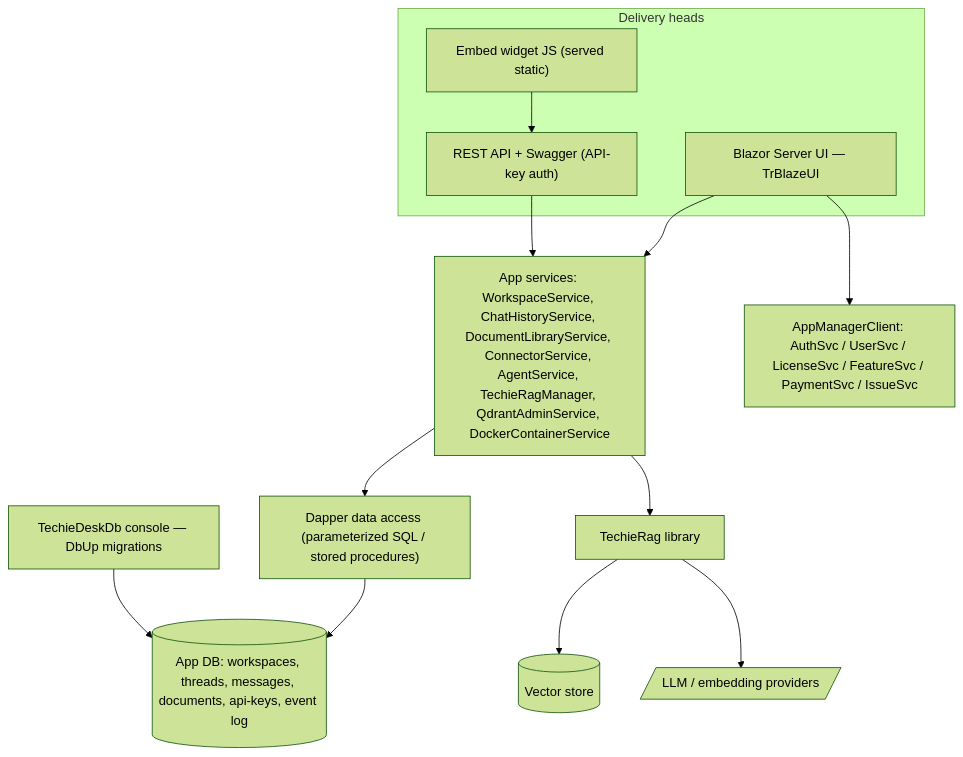
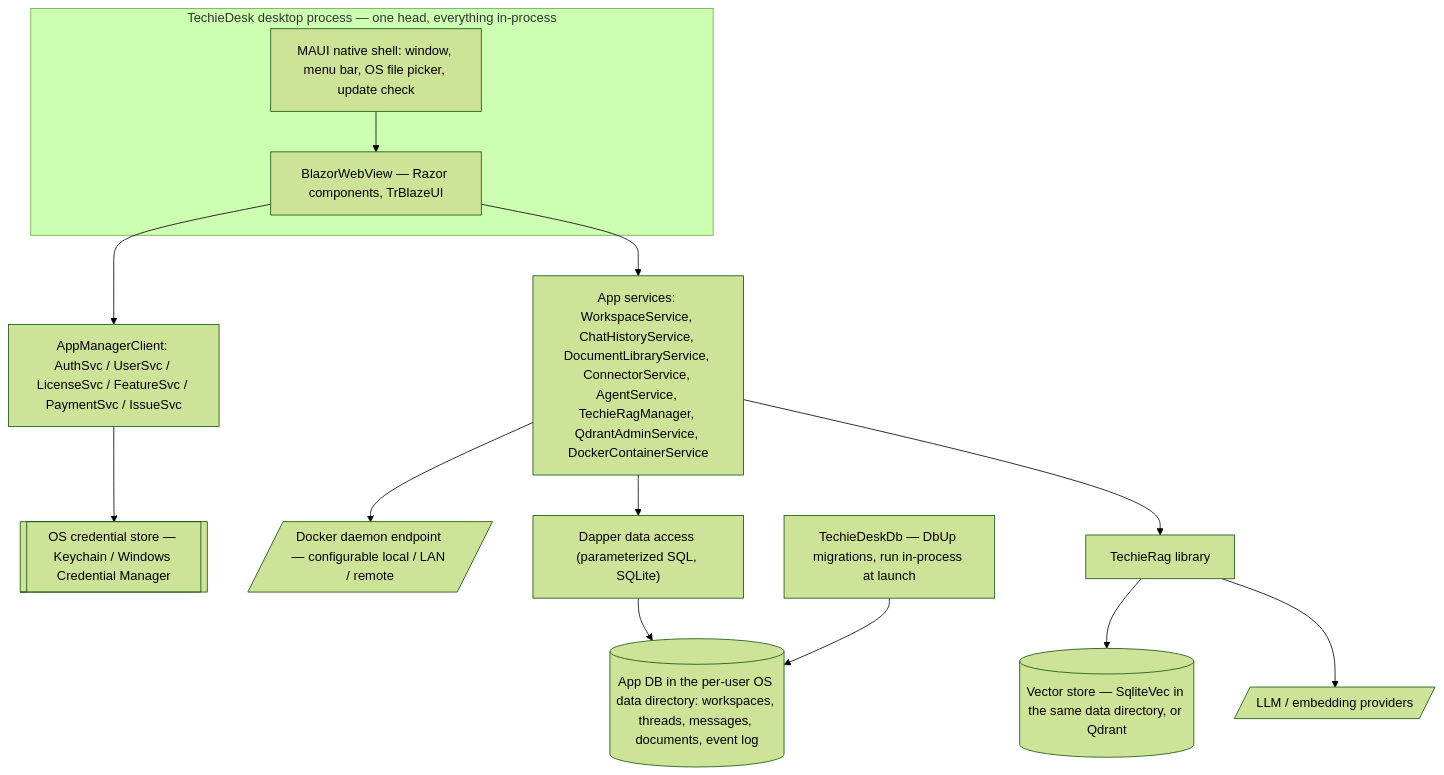
One commit to techierathore/TechieRag changed the third of 4 diagrams in docs/TechieDesk-BRD.md. Above: the diagram before and after it, drawn with Mermaid (forest theme). The commit also changed other lines of this file and 954 other files, not shown here.

Commit message:
Developing TechieDesk In Progress

````diff
--- a/docs/TechieDesk-BRD.md
+++ b/docs/TechieDesk-BRD.md
@@ -186,18 +207,18 @@
 ```mermaid
 flowchart TB
-  subgraph Heads["Delivery heads"]
-    UI["Blazor Server UI — TrBlazeUI"]
-    REST["REST API + Swagger (API-key auth)"]
-    WID["Embed widget JS (served static)"]
+  subgraph Shell["TechieDesk desktop process — one head, everything in-process"]
+    Native["MAUI native shell: window, menu bar, OS file picker, update check"]
+    UI["BlazorWebView — Razor components, TrBlazeUI"]
   end
+  Native --> UI
   UI --> AppSvc["App services: WorkspaceService, ChatHistoryService, DocumentLibraryService, ConnectorService, AgentService, TechieRagManager, QdrantAdminService, DockerContainerService"]
-  REST --> AppSvc
-  WID --> REST
   UI --> AMC["AppManagerClient: AuthSvc / UserSvc / LicenseSvc / FeatureSvc / PaymentSvc / IssueSvc"]
-  AppSvc --> DAL["Dapper data access (parameterized SQL / stored procedures)"]
-  DAL --> DB[("App DB: workspaces, threads, messages, documents, api-keys, event log")]
-  Mig["TechieDeskDb console — DbUp migrations"] --> DB
+  AMC --> Cred[["OS credential store — Keychain / Windows Credential Manager"]]
+  AppSvc --> Docker[/"Docker daemon endpoint — configurable local / LAN / remote"/]
+  AppSvc --> DAL["Dapper data access (parameterized SQL, SQLite)"]
+  DAL --> DB[("App DB in the per-user OS data directory: workspaces, threads, messages, documents, event log")]
+  Mig["TechieDeskDb — DbUp migrations, run in-process at launch"] --> DB
   AppSvc --> Rag["TechieRag library"]
-  Rag --> Vec[("Vector store")]
+  Rag --> Vec[("Vector store — SqliteVec in the same data directory, or Qdrant")]
   Rag --> LLM[/"LLM / embedding providers"/]
 ```
````
